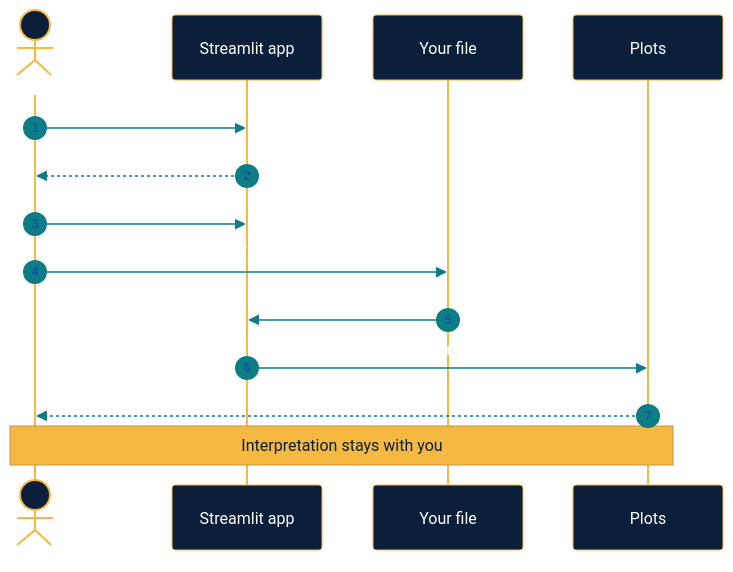
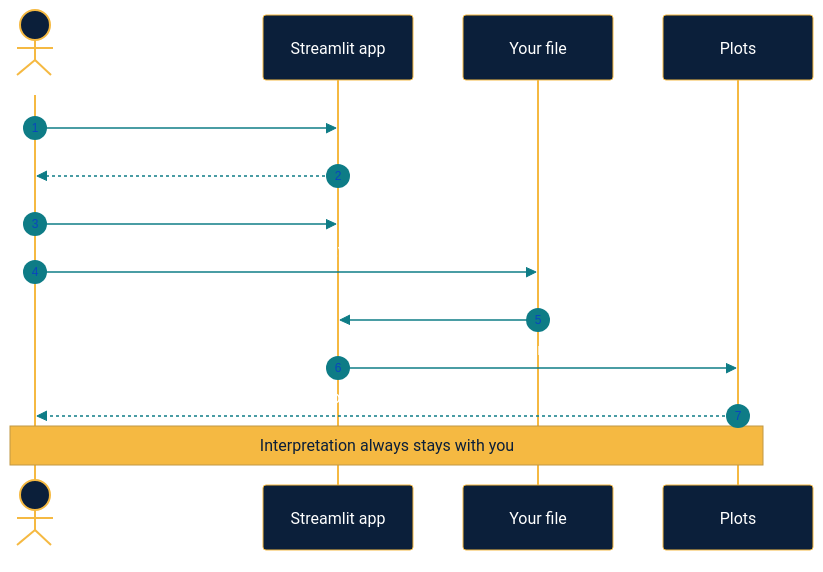
The second of 11 diagrams in README.md (LuthandoCandlovu/DARA-Astronomy-Practicals-Kenya-Illeret-), drawn with Mermaid before and after one commit. The commit also changed other lines of this file, not shown here.

````diff
--- a/README.md
+++ b/README.md
@@ -61,17 +136,17 @@
 ```mermaid
 %%{init: {'theme':'base','themeVariables':{'primaryColor':'#0B1F3A','primaryTextColor':'#ffffff','primaryBorderColor':'#0E7C86','lineColor':'#F5B942','actorBkg':'#0B1F3A','actorTextColor':'#ffffff','actorBorder':'#F5B942','signalColor':'#0E7C86','noteBkgColor':'#F5B942','noteTextColor':'#0B1F3A'}}}%%
 sequenceDiagram
     autonumber
     actor U as You
     participant A as Streamlit app
     participant D as Your file
     participant P as Plots
     U->>A: streamlit run app.py
-    A-->>U: Opens in browser
-    U->>A: Choose a practical
-    U->>D: Upload FITS or CSV
-    D->>A: Parse and validate
+    A-->>U: Opens in your browser
+    U->>A: Choose a practical in the sidebar
+    U->>D: Upload a FITS or CSV file
+    D->>A: Read the file
     A->>P: Build plots and statistics
     P-->>U: Explore and interpret
-    Note over U,P: Interpretation stays with you
+    Note over U,P: Interpretation always stays with you
 ```
````
